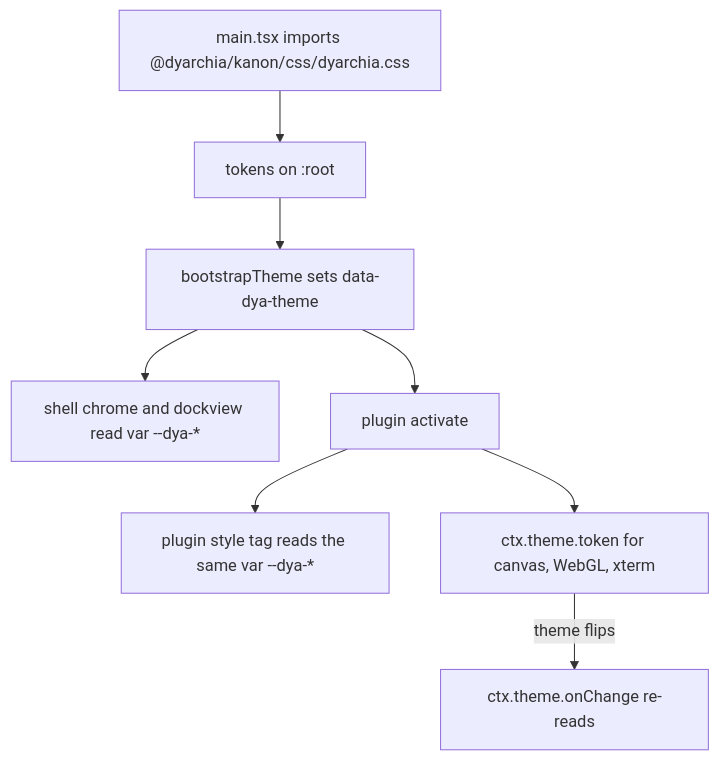
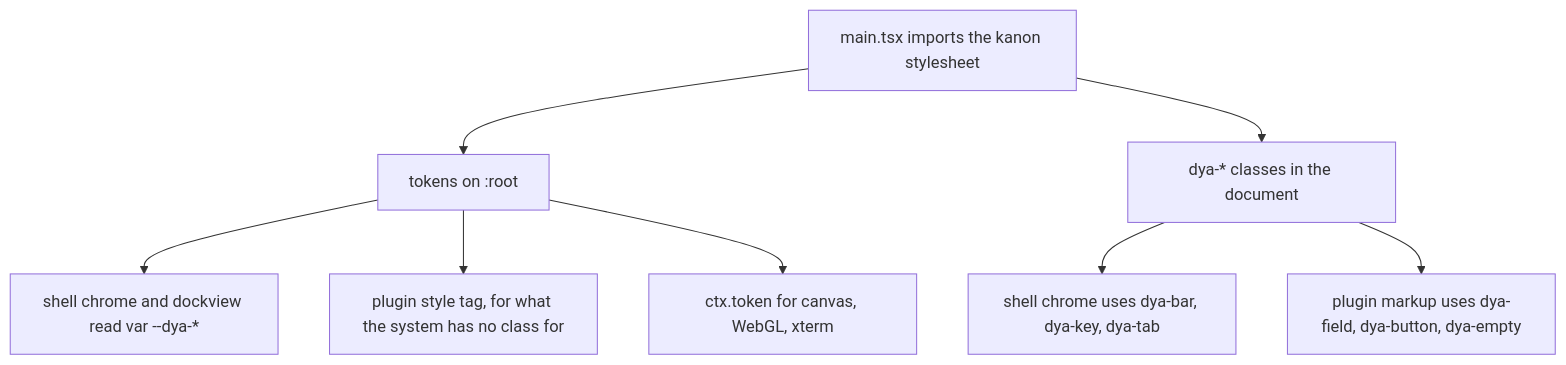
The diagram in docs/ui.md (Dyarchia/dyarchia-desktop), drawn with Mermaid before and after one commit. The commit also changed other lines of this file and 3 other files, not shown here.

````diff
--- a/docs/ui.md
+++ b/docs/ui.md
@@ -77,10 +76,10 @@
 ```mermaid
 flowchart TD
-    A[main.tsx imports @dyarchia/kanon/css/dyarchia.css] --> B[tokens on :root]
-    B --> C[bootstrapTheme sets data-dya-theme]
-    C --> D[shell chrome and dockview read var --dya-*]
-    C --> E[plugin activate]
-    E --> F[plugin style tag reads the same var --dya-*]
-    E --> G[ctx.theme.token for canvas, WebGL, xterm]
-    G -- "theme flips" --> H[ctx.theme.onChange re-reads]
+    A[main.tsx imports the kanon stylesheet] --> B[tokens on :root]
+    A --> C[dya-* classes in the document]
+    B --> D[shell chrome and dockview read var --dya-*]
+    C --> E[shell chrome uses dya-bar, dya-key, dya-tab]
+    C --> F[plugin markup uses dya-field, dya-button, dya-empty]
+    B --> G[plugin style tag, for what the system has no class for]
+    B --> H[ctx.token for canvas, WebGL, xterm]
 ```
````
